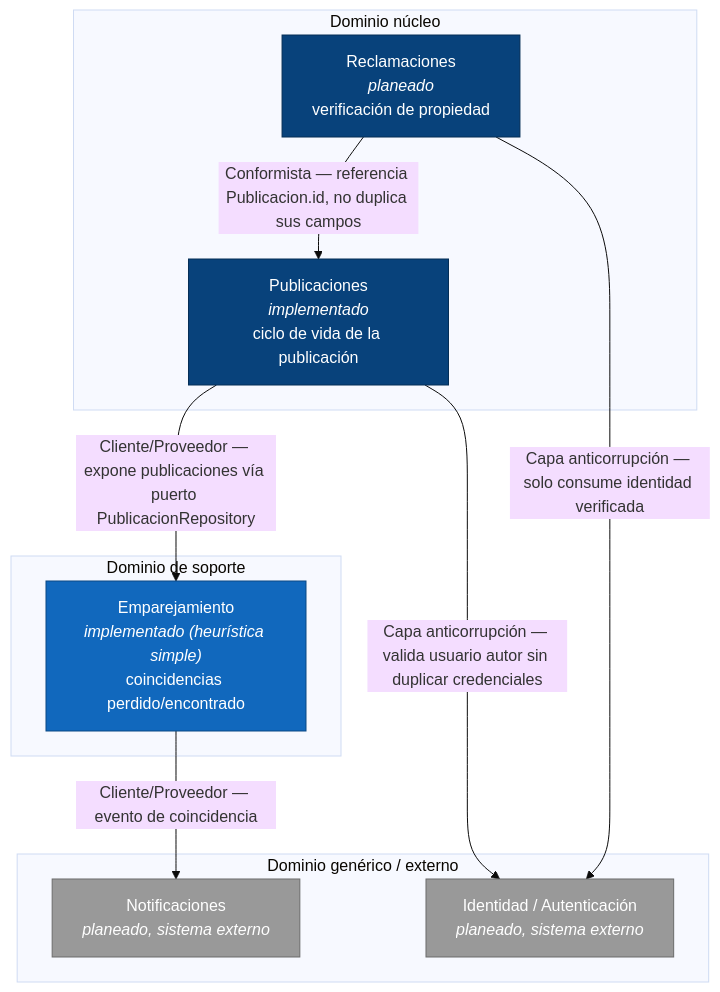
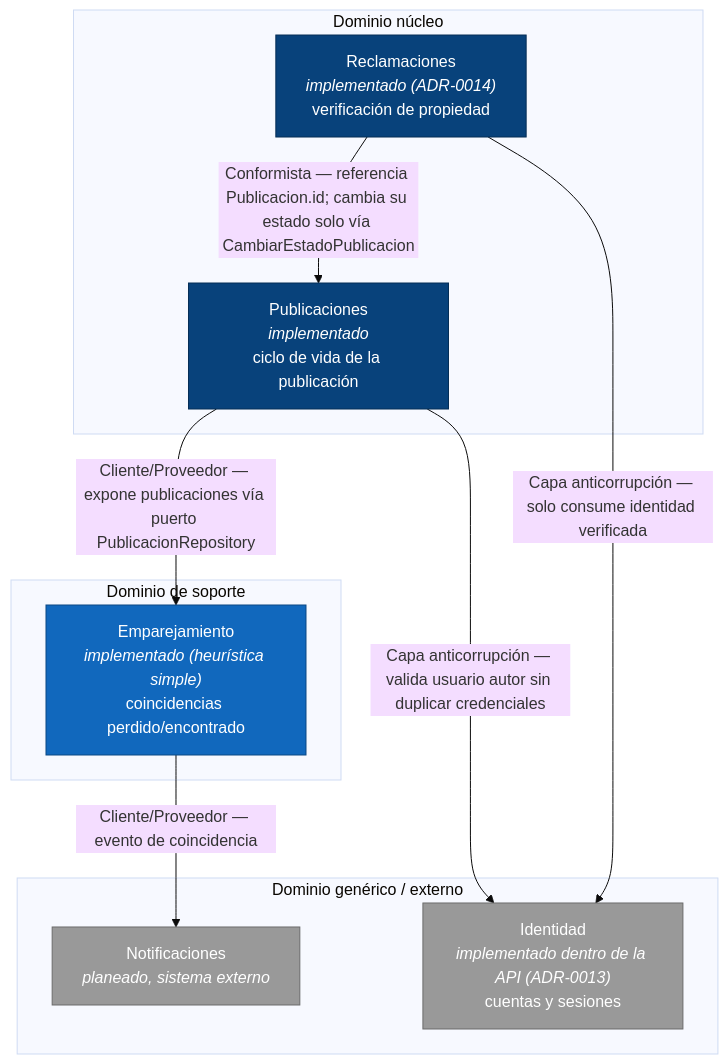
One commit to ISCOUTB/AS_202620_Recobra changed the diagram in docs/context-map.md. Above: the diagram before and after it, drawn with Mermaid (base theme). The commit also changed other lines of this file and 12 other files, not shown here.

Commit message:
Documentar cuentas y reclamacion: ADR-0013, ADR-0014, mapa de contextos, datos, C4, arc42 y README

````diff
--- a/docs/context-map.md
+++ b/docs/context-map.md
@@ -12,30 +12,30 @@
 ```mermaid
 flowchart TB
     subgraph nucleo["Dominio núcleo"]
         PUB["Publicaciones<br/><i>implementado</i><br/>ciclo de vida de la publicación"]
-        REC["Reclamaciones<br/><i>planeado</i><br/>verificación de propiedad"]
+        REC["Reclamaciones<br/><i>implementado (ADR-0014)</i><br/>verificación de propiedad"]
     end
 
     subgraph soporte["Dominio de soporte"]
         MATCH["Emparejamiento<br/><i>implementado (heurística simple)</i><br/>coincidencias perdido/encontrado"]
     end
 
     subgraph generico["Dominio genérico / externo"]
         NOTIF["Notificaciones<br/><i>planeado, sistema externo</i>"]
-        AUTH["Identidad / Autenticación<br/><i>planeado, sistema externo</i>"]
+        AUTH["Identidad<br/><i>implementado dentro de la API (ADR-0013)</i><br/>cuentas y sesiones"]
     end
 
     PUB -->|"Cliente/Proveedor — expone publicaciones vía puerto PublicacionRepository"| MATCH
     MATCH -->|"Cliente/Proveedor — evento de coincidencia"| NOTIF
-    REC -->|"Conformista — referencia Publicacion.id, no duplica sus campos"| PUB
+    REC -->|"Conformista — referencia Publicacion.id; cambia su estado solo vía CambiarEstadoPublicacion"| PUB
     REC -->|"Capa anticorrupción — solo consume identidad verificada"| AUTH
     PUB -->|"Capa anticorrupción — valida usuario autor sin duplicar credenciales"| AUTH
 
     classDef nucleo fill:#08427b,color:#fff,stroke:#052e56;
     classDef soporte fill:#1168bd,color:#fff,stroke:#0b4884;
     classDef externo fill:#999999,color:#fff,stroke:#6b6b6b;
 
     class PUB,REC nucleo;
     class MATCH soporte;
     class NOTIF,AUTH externo;
 ```
````
